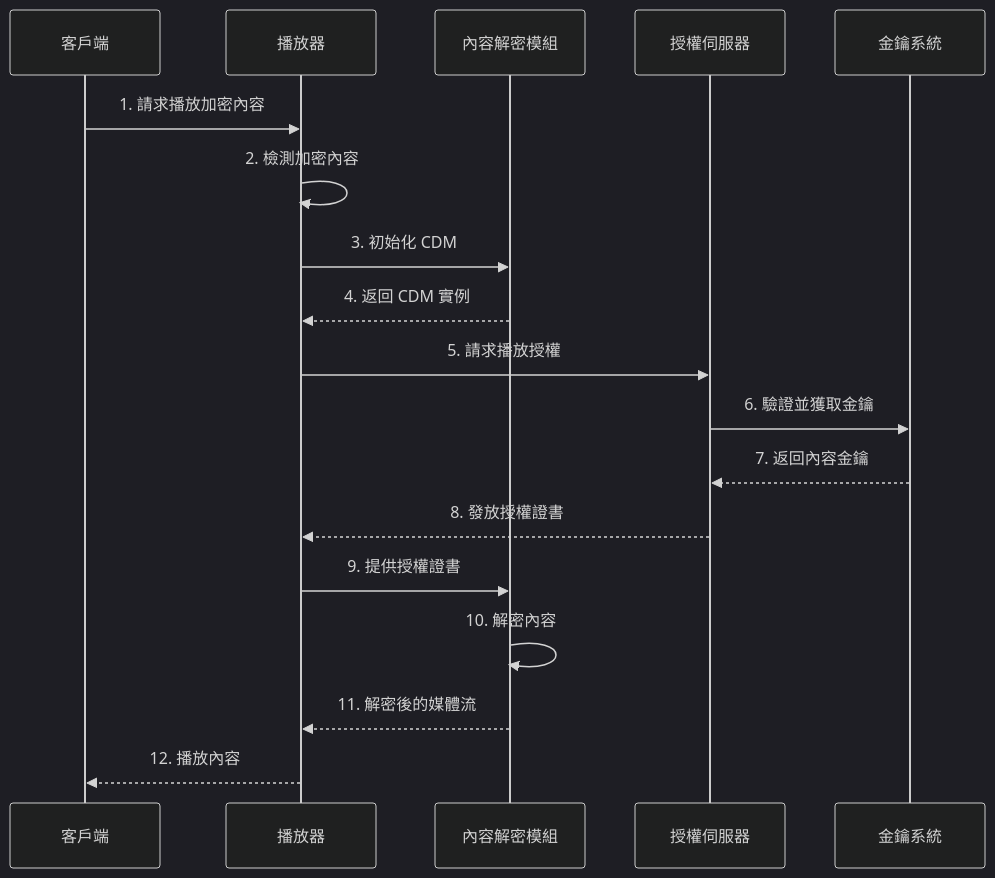
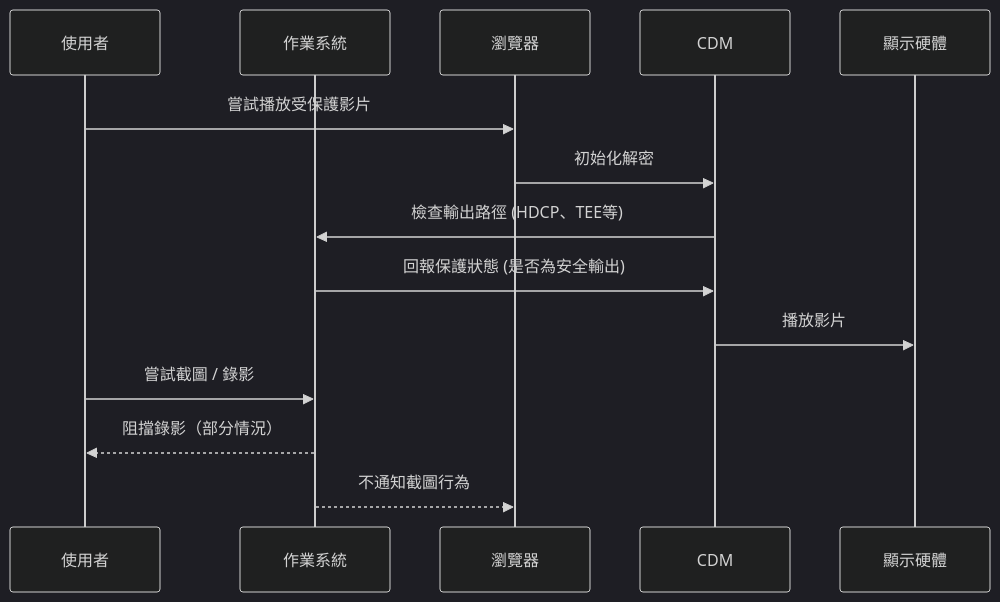
Before and after one commit to chanryTW/DrmDemo: the second of 2 diagrams in README.md, drawn with Mermaid (dark theme). The commit also changed other lines of this file and 1 other file, not shown here.

````diff
--- a/README.md
+++ b/README.md
@@ -34,21 +89,17 @@
 ```mermaid
 sequenceDiagram
-    participant C as 客戶端
-    participant P as 播放器
-    participant CDM as 內容解密模組
-    participant L as 授權伺服器
-    participant K as 金鑰系統
+    participant 使用者
+    participant 作業系統
+    participant 瀏覽器
+    participant CDM
+    participant 顯示硬體
 
-    C->>P: 1. 請求播放加密內容
-    P->>P: 2. 檢測加密內容
-    P->>CDM: 3. 初始化 CDM
-    CDM-->>P: 4. 返回 CDM 實例
-    P->>L: 5. 請求播放授權
-    L->>K: 6. 驗證並獲取金鑰
-    K-->>L: 7. 返回內容金鑰
-    L-->>P: 8. 發放授權證書
-    P->>CDM: 9. 提供授權證書
-    CDM->>CDM: 10. 解密內容
-    CDM-->>P: 11. 解密後的媒體流
-    P-->>C: 12. 播放內容
+    使用者->>瀏覽器: 嘗試播放受保護影片
+    瀏覽器->>CDM: 初始化解密
+    CDM->>作業系統: 檢查輸出路徑 (HDCP、TEE等)
+    作業系統->>CDM: 回報保護狀態 (是否為安全輸出)
+    CDM->>顯示硬體: 播放影片
+    使用者->>作業系統: 嘗試截圖 / 錄影
+    作業系統-->>使用者: 阻擋錄影（部分情況）
+    作業系統-->>瀏覽器: 不通知截圖行為
 ```
````
